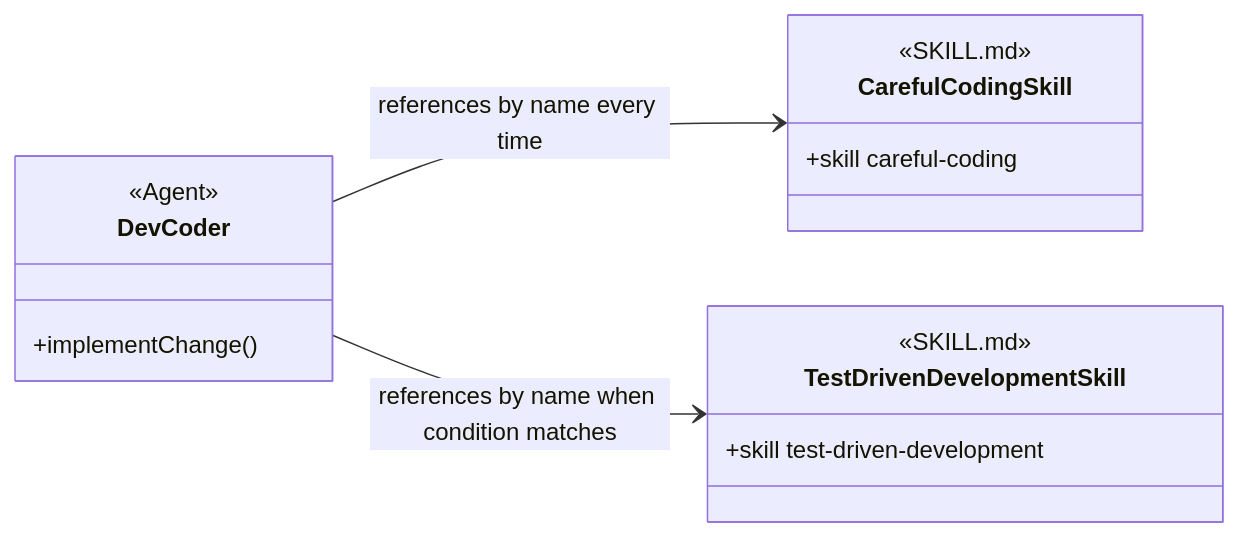
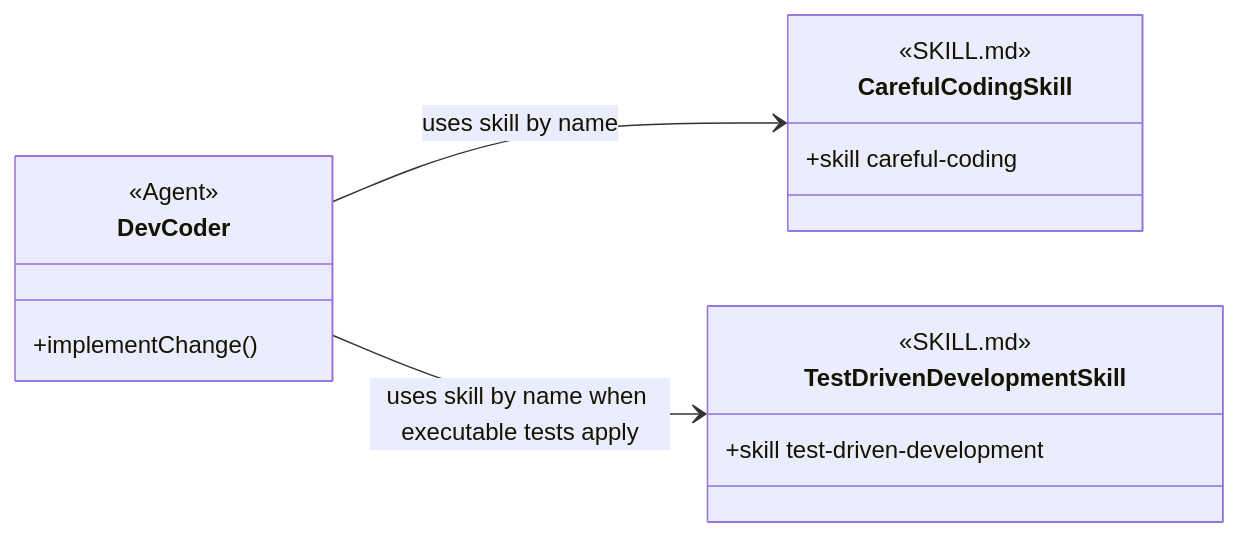
The third of 12 diagrams in design/object-oriented-agent-and-skill-model.md (martinbechard/dev-methodology), drawn with Mermaid before and after one commit. The commit also changed other lines of this file and 2 other files, not shown here.

Commit message:
Define diagram relationship notation

````diff
--- a/design/object-oriented-agent-and-skill-model.md
+++ b/design/object-oriented-agent-and-skill-model.md
@@ -143,24 +221,24 @@
 ```mermaid
 classDiagram
     direction LR
 
     class DevCoder {
         <<Agent>>
         +implementChange()
     }
 
     class CarefulCodingSkill {
         <<SKILL.md>>
         <<Agent Skill>>
         +skill careful-coding
     }
 
     class TestDrivenDevelopmentSkill {
         <<SKILL.md>>
         <<Agent Skill>>
         +skill test-driven-development
     }
 
-    DevCoder --> CarefulCodingSkill : references by name every time
-    DevCoder --> TestDrivenDevelopmentSkill : references by name when condition matches
+    DevCoder --> CarefulCodingSkill : uses skill by name
+    DevCoder --> TestDrivenDevelopmentSkill : uses skill by name when executable tests apply
 ```
````
